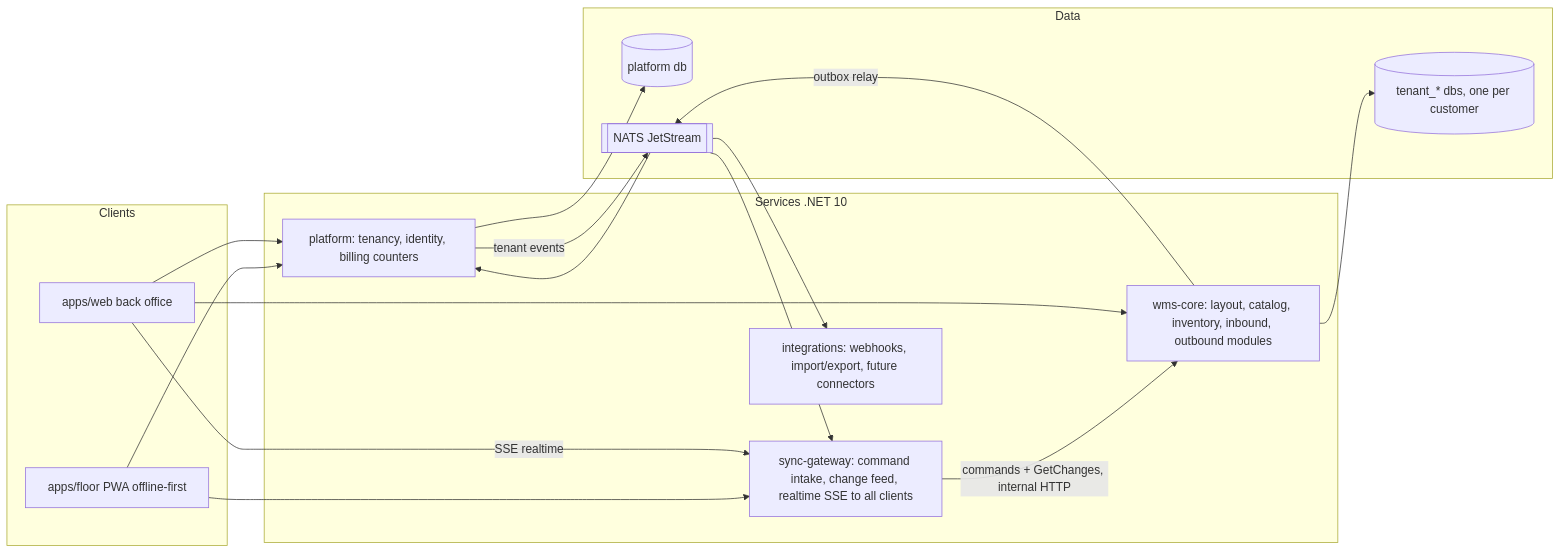
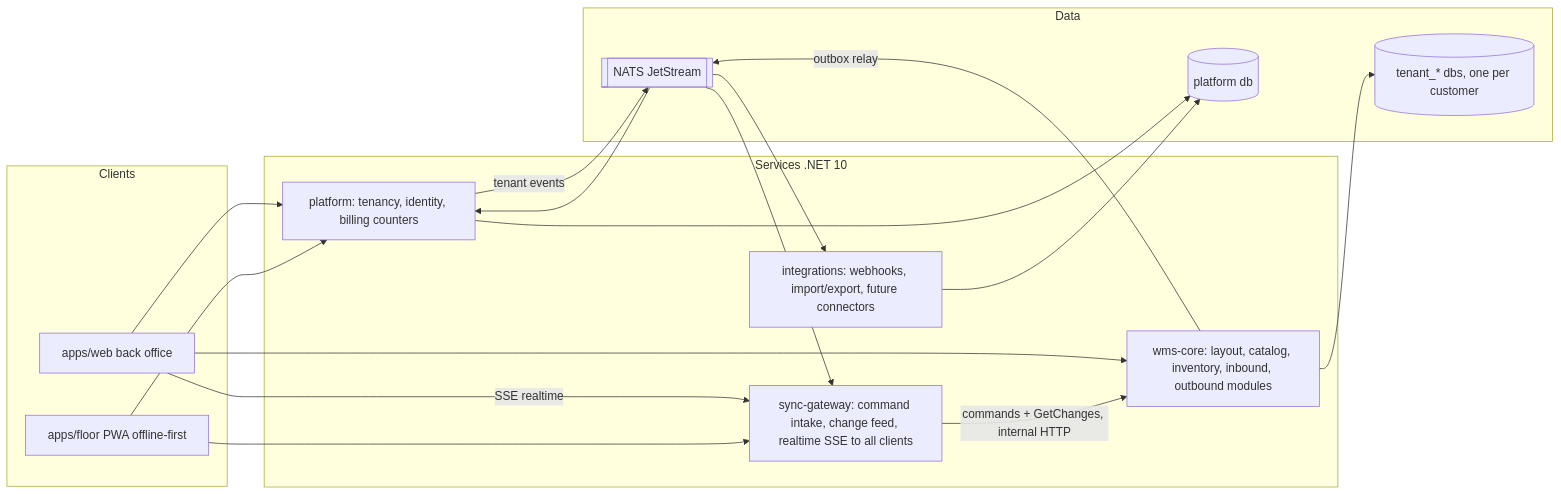
One commit to palletpilot/Epixx changed the first of 5 diagrams in docs/superpowers/specs/2026-09-05-lagerkraft-architecture-design.md. Above: the diagram before and after it, drawn with Mermaid. The commit also changed other lines of this file and 3 other files, not shown here.

````diff
--- a/docs/superpowers/specs/2026-09-05-lagerkraft-architecture-design.md
+++ b/docs/superpowers/specs/2026-09-05-lagerkraft-architecture-design.md
@@ -74,31 +74,32 @@
 ```mermaid
 flowchart LR
   subgraph clients [Clients]
     Web[apps/web back office]
     Floor[apps/floor PWA offline-first]
   end
   subgraph services [Services .NET 10]
     Platform[platform: tenancy, identity, billing counters]
     Core[wms-core: layout, catalog, inventory, inbound, outbound modules]
     Sync[sync-gateway: command intake, change feed, realtime SSE to all clients]
     Integ[integrations: webhooks, import/export, future connectors]
   end
   subgraph data [Data]
     PlatformDb[(platform db)]
     TenantDbs[(tenant_* dbs, one per customer)]
     Nats[[NATS JetStream]]
   end
   Web --> Platform
   Web --> Core
   Web -->|"SSE realtime"| Sync
   Floor --> Sync
   Floor --> Platform
   Sync -->|"commands + GetChanges, internal HTTP"| Core
   Platform --> PlatformDb
+  Integ --> PlatformDb
   Core --> TenantDbs
   Core -->|outbox relay| Nats
   Platform -->|tenant events| Nats
   Nats --> Integ
   Nats --> Sync
   Nats --> Platform
 ```
````
